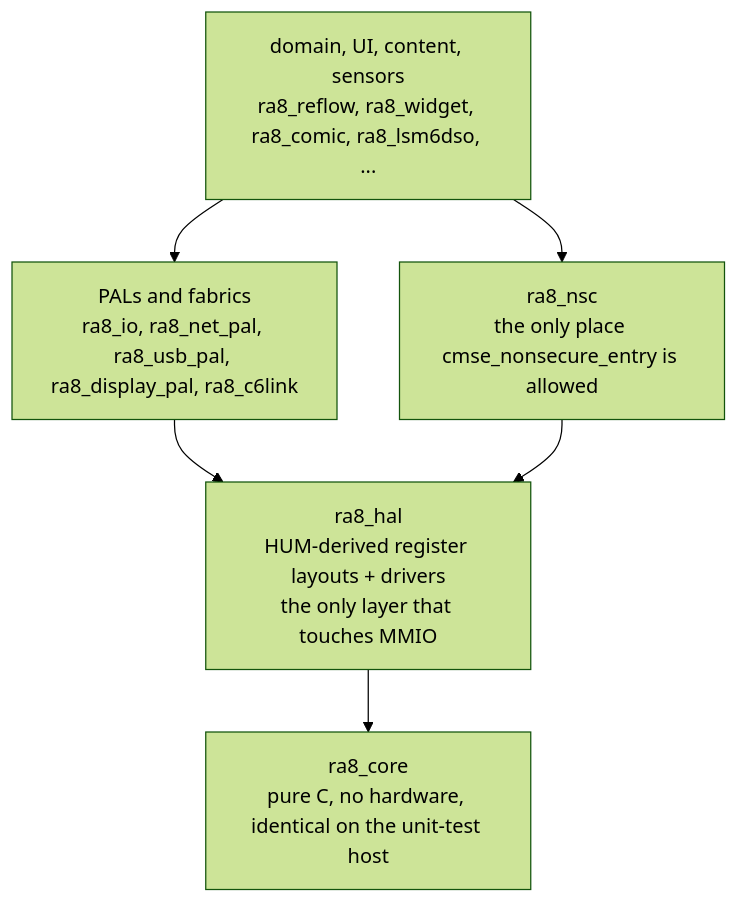
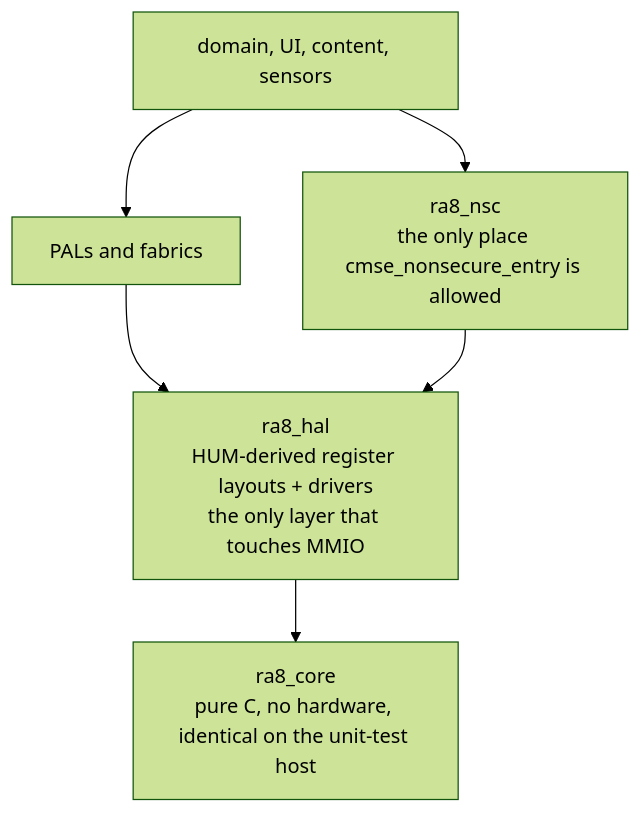
One commit to bsikar/ra8-firmware changed the diagram in libs/README.md. Above: the diagram before and after it, drawn with Mermaid (forest theme). The commit also changed other lines of this file and 16 other files, not shown here.

````diff
--- a/libs/README.md
+++ b/libs/README.md
@@ -17,14 +18,14 @@
 ```mermaid
 graph TD
-    DOM["domain, UI, content, sensors<br/>ra8_reflow, ra8_widget, ra8_comic, ra8_lsm6dso, ..."]
-    PAL["PALs and fabrics<br/>ra8_io, ra8_net_pal, ra8_usb_pal, ra8_display_pal, ra8_c6link"]
+    DOM["domain, UI, content, sensors"]
+    PAL["PALs and fabrics"]
     NSC["ra8_nsc<br/>the only place cmse_nonsecure_entry is allowed"]
     HAL["ra8_hal<br/>HUM-derived register layouts + drivers<br/>the only layer that touches MMIO"]
     CORE["ra8_core<br/>pure C, no hardware, identical on the unit-test host"]
 
     DOM --> PAL
     DOM --> NSC
     PAL --> HAL
     NSC --> HAL
     HAL --> CORE
 ```
````
